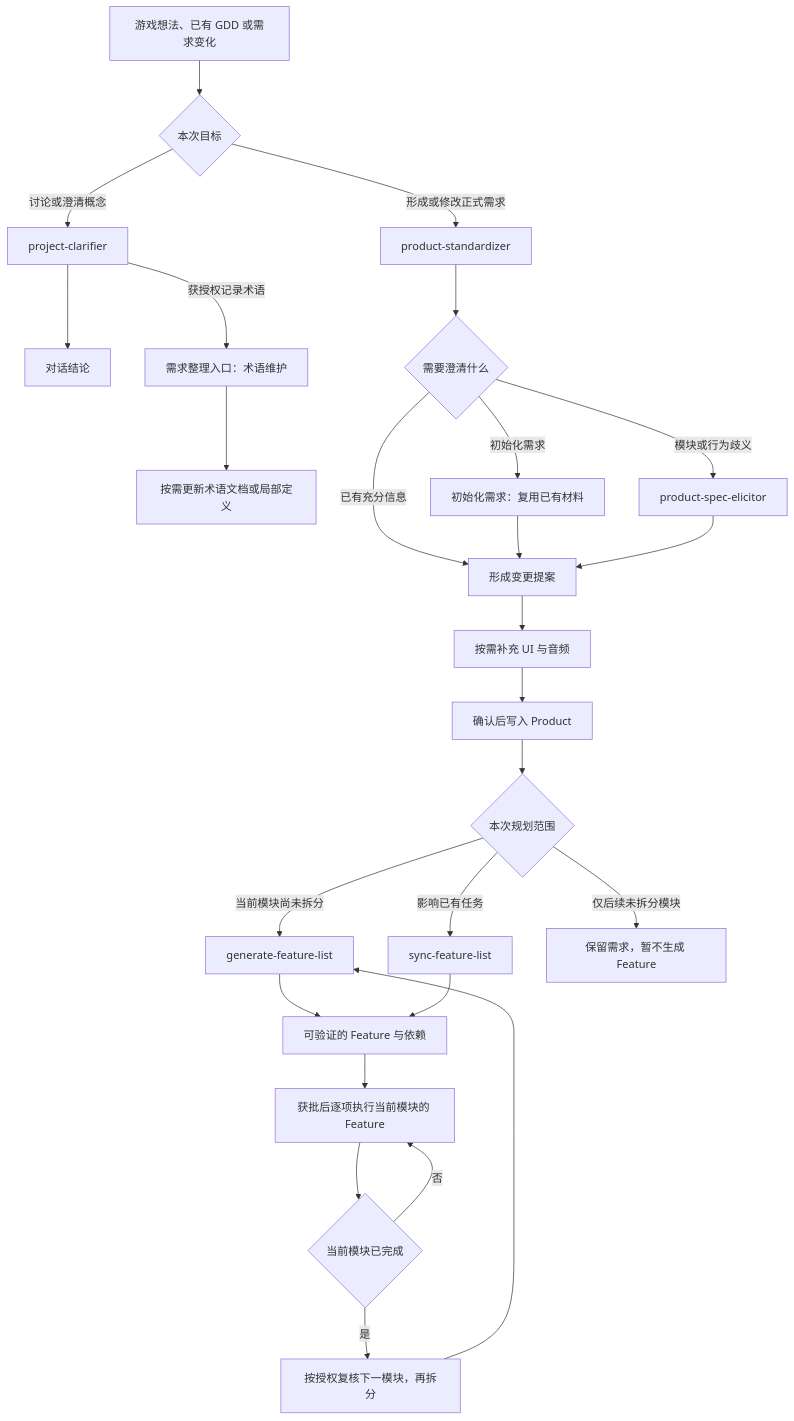
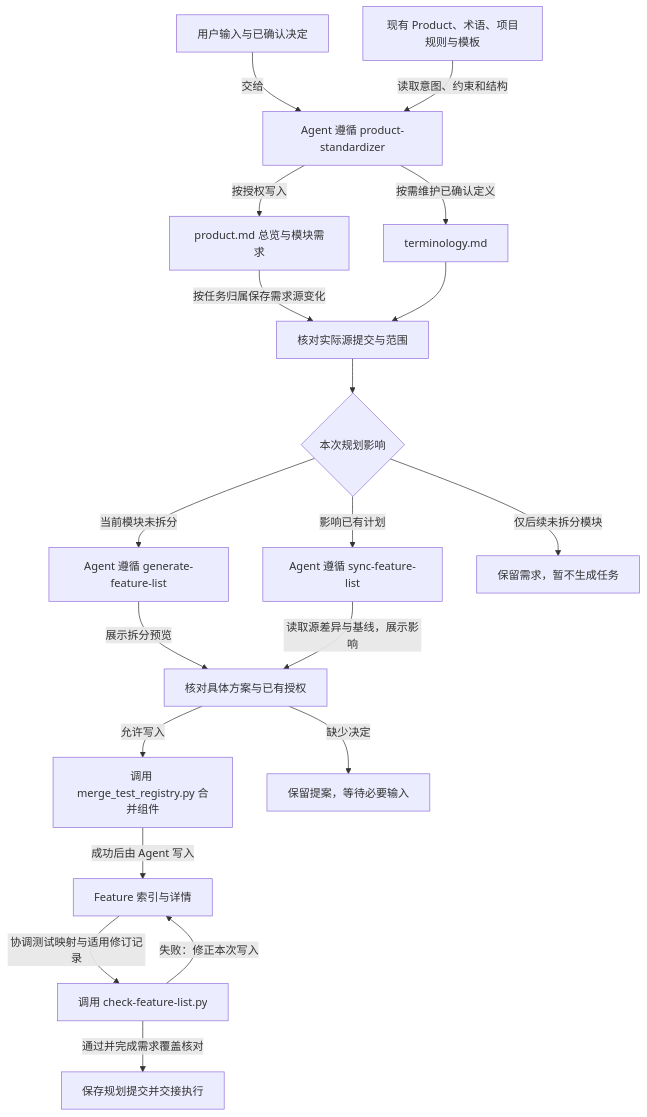
One commit to yxy823/Game_idle_yaya_frame changed the diagram in framework/docs/blank-project/guides/product-and-planning.md. Above: the diagram before and after it, drawn with Mermaid. The commit also changed other lines of this file and 14 other files, not shown here.

First line of the commit message:
docs(handbook): 重组正式使用手册并补齐流程与验证图示

````diff
--- a/framework/docs/blank-project/guides/product-and-planning.md
+++ b/framework/docs/blank-project/guides/product-and-planning.md
@@ -268,28 +15,21 @@
 ```mermaid
 flowchart TD
-    A[游戏想法、已有 GDD 或需求变化] --> Q{本次目标}
-    Q -->|讨论或澄清概念| R[project-clarifier]
-    R --> S[对话结论]
-    R -->|获授权记录术语| T[需求整理入口：术语维护]
-    T --> U[按需更新术语文档或局部定义]
-    Q -->|形成或修改正式需求| B[product-standardizer]
-    B --> C{需要澄清什么}
-    C -->|初始化需求| D[初始化需求：复用已有材料]
-    C -->|模块或行为歧义| E[product-spec-elicitor]
-    C -->|已有充分信息| F[形成变更提案]
-    D --> F
-    E --> F
-    F --> G[按需补充 UI 与音频]
-    G --> H[确认后写入 Product]
-    H --> I{本次规划范围}
-    I -->|当前模块尚未拆分| J[generate-feature-list]
-    I -->|影响已有任务| K[sync-feature-list]
-    I -->|仅后续未拆分模块| N[保留需求，暂不生成 Feature]
-    J --> L[可验证的 Feature 与依赖]
-    K --> L
-    L --> M[获批后逐项执行当前模块的 Feature]
-    M --> O{当前模块已完成}
-    O -->|否| M
-    O -->|是| W[按授权复核下一模块，再拆分]
-    W --> J
+    I[用户输入与已确认决定] -->|交给| A[Agent 遵循 product-standardizer]
+    R[现有 Product、术语、项目规则与模板] -->|读取意图、约束和结构| A
+    A -->|按授权写入| P[product.md 总览与模块需求]
+    A -->|按需维护已确认定义| T[terminology.md]
+    P -->|按任务归属保存需求源变化| G[核对实际源提交与范围]
+    T --> G
+    G --> Q{本次规划影响}
+    Q -->|当前模块未拆分| N[Agent 遵循 generate-feature-list]
+    Q -->|影响已有计划| S[Agent 遵循 sync-feature-list]
+    Q -->|仅后续未拆分模块| D[保留需求，暂不生成任务]
+    N -->|展示拆分预览| U[核对具体方案与已有授权]
+    S -->|读取源差异与基线，展示影响| U
+    U -->|允许写入| M[调用 merge_test_registry.py 合并组件]
+    U -->|缺少决定| W[保留提案，等待必要输入]
+    M -->|成功后由 Agent 写入| F[Feature 索引与详情]
+    F -->|协调测试映射与适用修订记录| C[调用 check-feature-list.py]
+    C -->|失败：修正本次写入| F
+    C -->|通过并完成需求覆盖核对| H[保存规划提交并交接执行]
 ```
````
